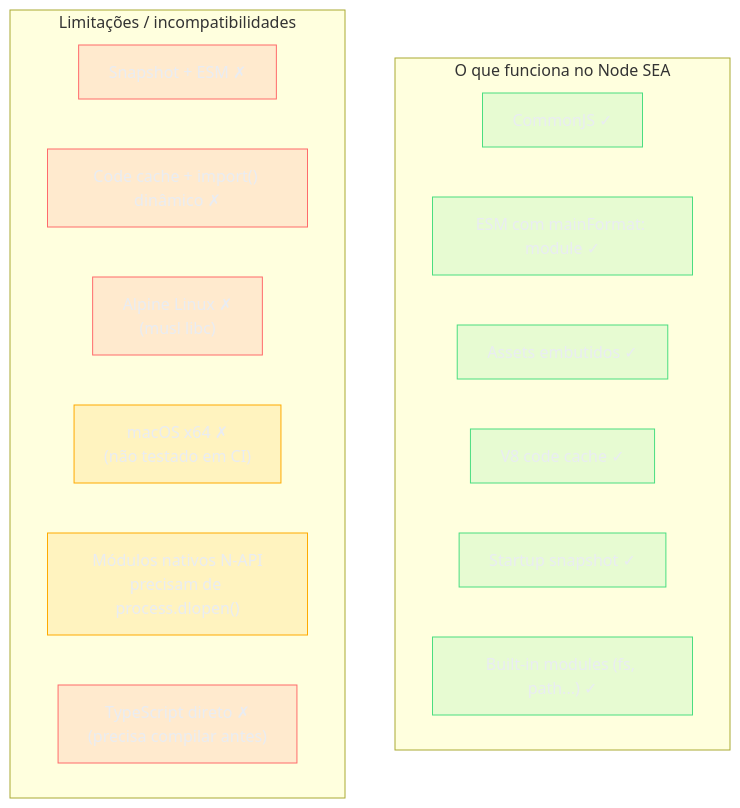
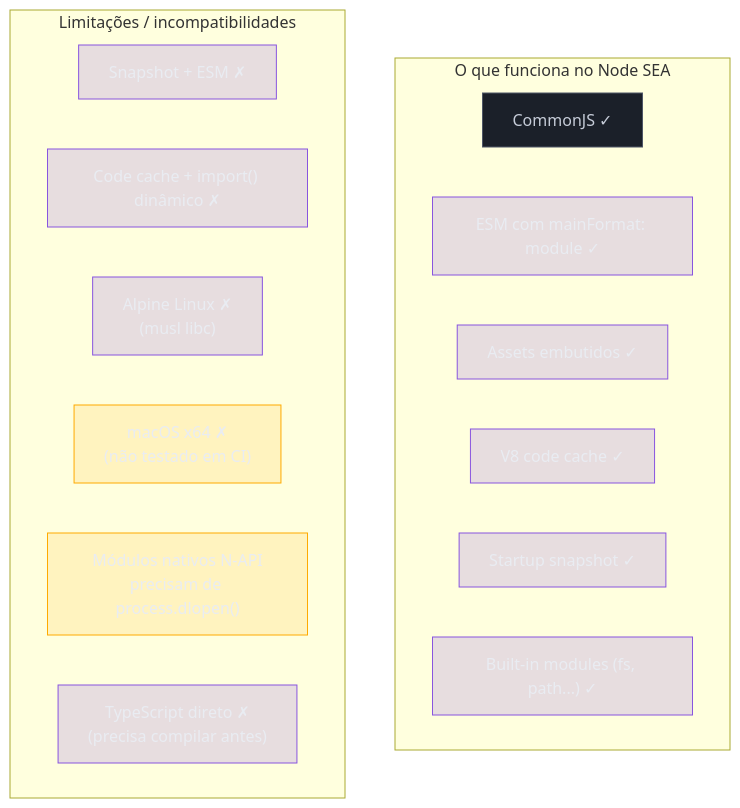
The second of 6 diagrams in 03-Dominios/Tecnologia/Tooling e Build/22 - Single Executable Apps (SEA) e empacotamento.md (josenaldo/codex-technomanticus), drawn with Mermaid before and after one commit. The commit also changed other lines of this file and 601 other files, not shown here.

````diff
--- a/03-Dominios/Tecnologia/Tooling e Build/22 - Single Executable Apps (SEA) e empacotamento.md
+++ b/03-Dominios/Tecnologia/Tooling e Build/22 - Single Executable Apps (SEA) e empacotamento.md
@@ -227,36 +227,36 @@
 ```mermaid
 graph TD
-    classDef ok fill:#4ADE8021,stroke:#4ADE80,color:#E9ECF2
-    classDef falha fill:#FF6B6B24,stroke:#FF6B6B,color:#E9ECF2
+    classDef marca fill:#8855DF33,stroke:#8855DF,color:#E9ECF2
+    classDef neutro fill:#1B2029,stroke:#4E5666,color:#C6CCD8
     classDef destaque fill:#FFAA0024,stroke:#FFAA00,color:#E9ECF2
     subgraph "O que funciona no Node SEA"
         S1["CommonJS ✓"]
         S2["ESM com mainFormat: module ✓"]
         S3["Assets embutidos ✓"]
         S4["V8 code cache ✓"]
         S5["Startup snapshot ✓"]
         S6["Built-in modules (fs, path...) ✓"]
     end
 
     subgraph "Limitações / incompatibilidades"
         L1["Snapshot + ESM ✗"]
         L2["Code cache + import() dinâmico ✗"]
         L3["Alpine Linux ✗\n(musl libc)"]
         L4["macOS x64 ✗\n(não testado em CI)"]
         L5["Módulos nativos N-API\nprecisam de process.dlopen()"]
         L6["TypeScript direto ✗\n(precisa compilar antes)"]
     end
 
-    class S1 ok
-    class S2 ok
-    class S3 ok
-    class S4 ok
-    class S5 ok
-    class S6 ok
-    class L1 falha
-    class L2 falha
-    class L3 falha
+    class S1 neutro
+    class S2 marca
+    class S3 marca
+    class S4 marca
+    class S5 marca
+    class S6 marca
+    class L1 marca
+    class L2 marca
+    class L3 marca
     class L4 destaque
     class L5 destaque
-    class L6 falha
+    class L6 marca
 ```
````
